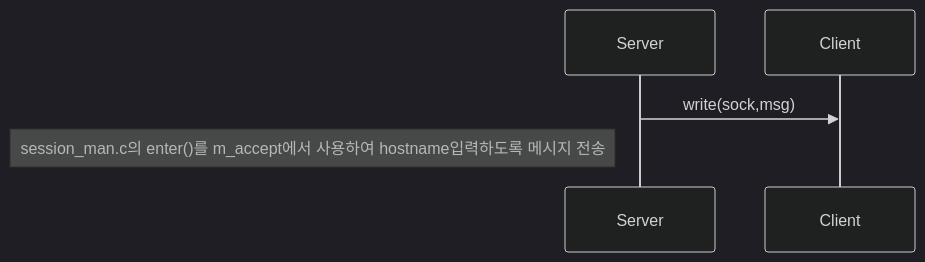
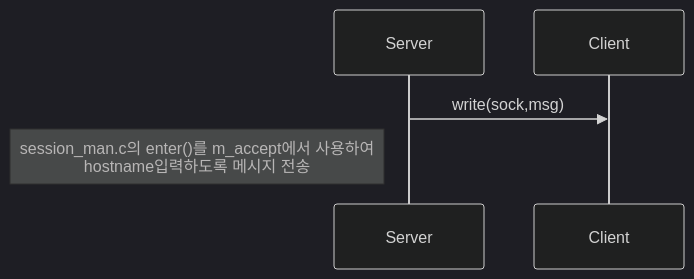
The third of 3 diagrams in race_game/code_flow/readme.md (dkim-04/Network_coding), drawn with Mermaid (dark theme) before and after one commit.

````diff
--- a/race_game/code_flow/readme.md
+++ b/race_game/code_flow/readme.md
@@ -24,9 +24,9 @@
 ```mermaid
 sequenceDiagram
     participant Server
     participant Client
 
 
     Server->>Client: write(sock,msg)
-    Note left of Server: session_man.c의 enter()를 m_accept에서 사용하여 hostname입력하도록 메시지 전송
+    Note left of Server: session_man.c의 enter()를 m_accept에서 사용하여 <br/>hostname입력하도록 메시지 전송
 ```
````
